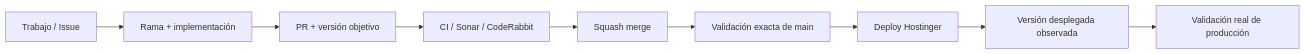
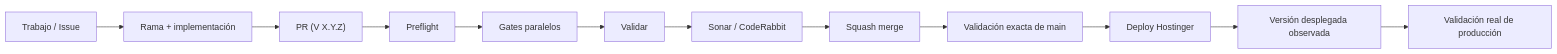
The diagram in README.md (pl0n3r/Condor), drawn with Mermaid before and after one commit. The commit also changed other lines of this file and 10 other files, not shown here.

````diff
--- a/README.md
+++ b/README.md
@@ -44,11 +37,14 @@
 ```mermaid
 flowchart LR
  A["Trabajo / Issue"] --> B["Rama + implementación"]
- B --> C["PR + versión objetivo"]
- C --> D["CI / Sonar / CodeRabbit"]
- D --> E["Squash merge"]
- E --> F["Validación exacta de main"]
- F --> G["Deploy Hostinger"]
- G --> H["Versión desplegada observada"]
- H --> I["Validación real de producción"]
+ B --> C["PR (V X.Y.Z)"]
+ C --> D["Preflight"]
+ D --> E["Gates paralelos"]
+ E --> F["Validar"]
+ F --> G["Sonar / CodeRabbit"]
+ G --> H["Squash merge"]
+ H --> I["Validación exacta de main"]
+ I --> J["Deploy Hostinger"]
+ J --> K["Versión desplegada observada"]
+ K --> L["Validación real de producción"]
 ```
````
